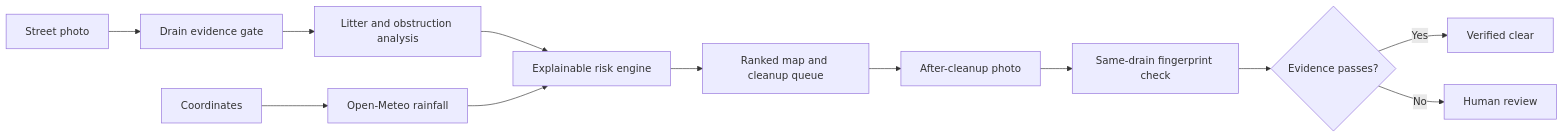
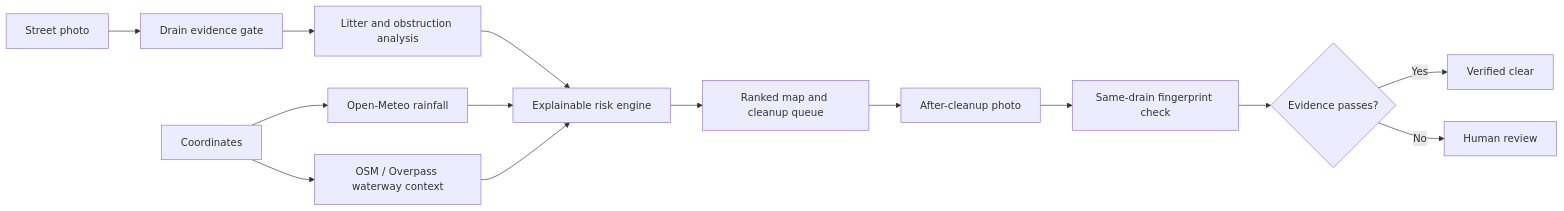
One commit to bhavyakeerthi3/drainguard-ai changed the diagram in README.md. Above: the diagram before and after it, drawn with Mermaid. The commit also changed other lines of this file and 6 other files, not shown here.

````diff
--- a/README.md
+++ b/README.md
@@ -69,14 +84,16 @@
 ```mermaid
 flowchart LR
     A["Street photo"] --> B["Drain evidence gate"]
     B --> C["Litter and obstruction analysis"]
     C --> D["Explainable risk engine"]
     E["Coordinates"] --> F["Open-Meteo rainfall"]
     F --> D
+    E --> W["OSM / Overpass waterway context"]
+    W --> D
     D --> G["Ranked map and cleanup queue"]
     G --> H["After-cleanup photo"]
     H --> I["Same-drain fingerprint check"]
     I --> J{"Evidence passes?"}
     J -->|Yes| K["Verified clear"]
     J -->|No| L["Human review"]
 ```
````
